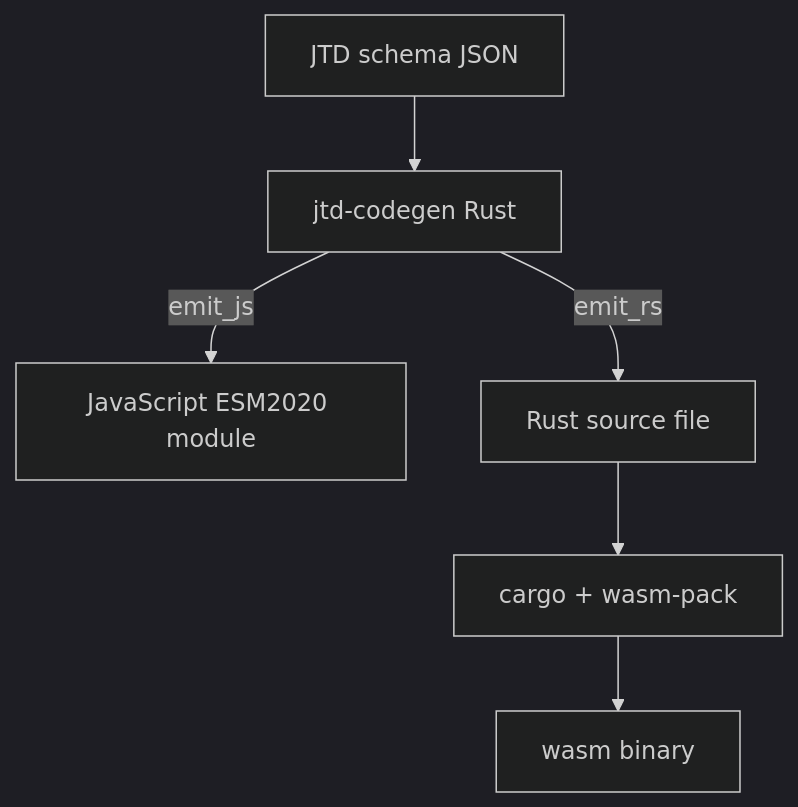
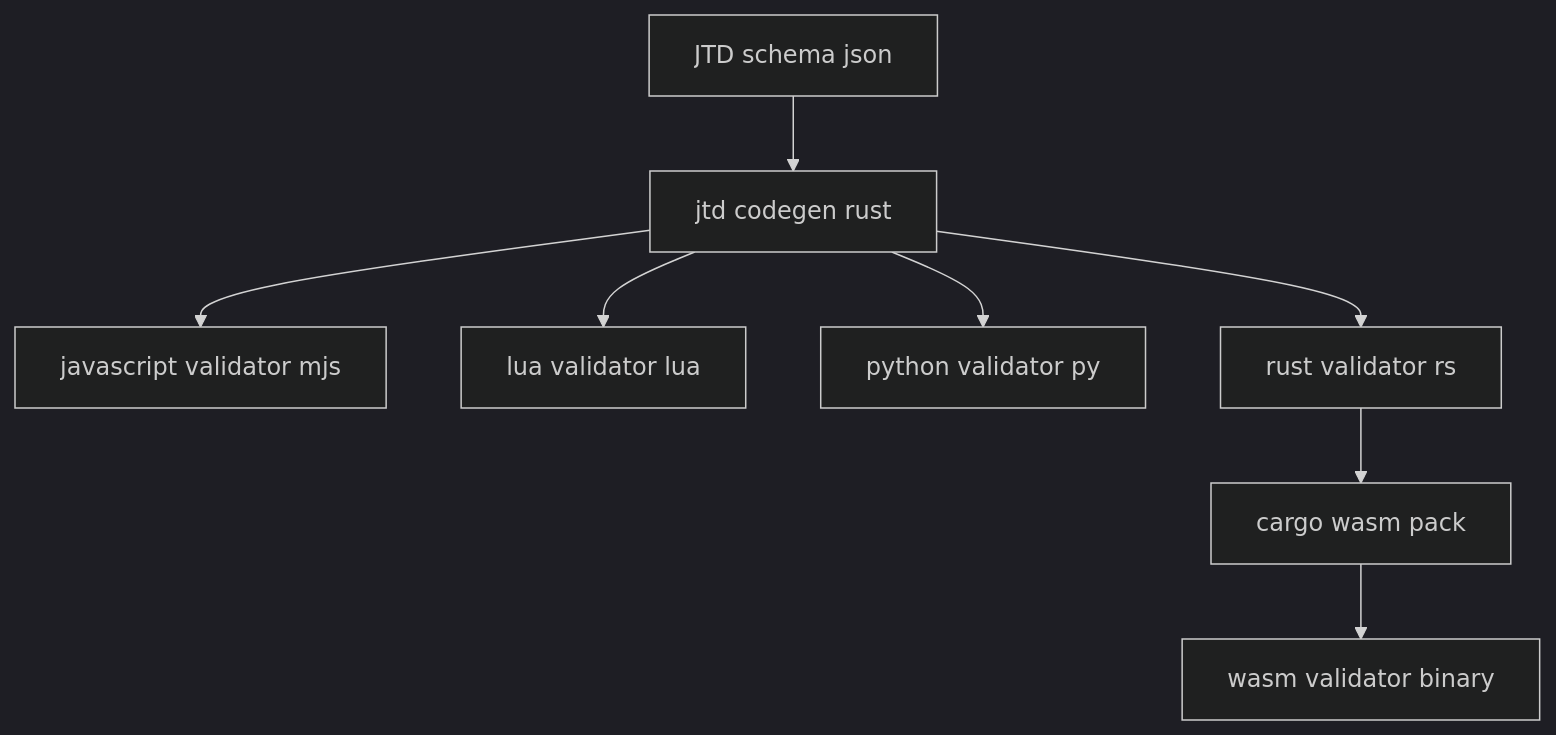
One commit to simbo1905/jtd-wasm changed the diagram in README.md. Above: the diagram before and after it, drawn with Mermaid (dark theme).

Commit message:
Mermaid diagram languages (#12)
* docs: add Python path to README Mermaid workflow

* Apply suggestion from @gemini-code-assist[bot]

* docs: simplify mermaid labels to avoid parser errors

````diff
--- a/README.md
+++ b/README.md
@@ -18,8 +18,10 @@
 ```mermaid
 flowchart TD
-    A[JTD schema JSON] --> B[jtd-codegen Rust]
-    B --> |emit_js| C[JavaScript ESM2020 module]
-    B --> |emit_rs| D[Rust source file]
-    D --> E[cargo + wasm-pack]
-    E --> F[wasm binary]
+    A[JTD schema json] --> B[jtd codegen rust]
+    B --> C[javascript validator mjs]
+    B --> D[lua validator lua]
+    B --> E[python validator py]
+    B --> F[rust validator rs]
+    F --> G[cargo wasm pack]
+    G --> H[wasm validator binary]
 ```
````
